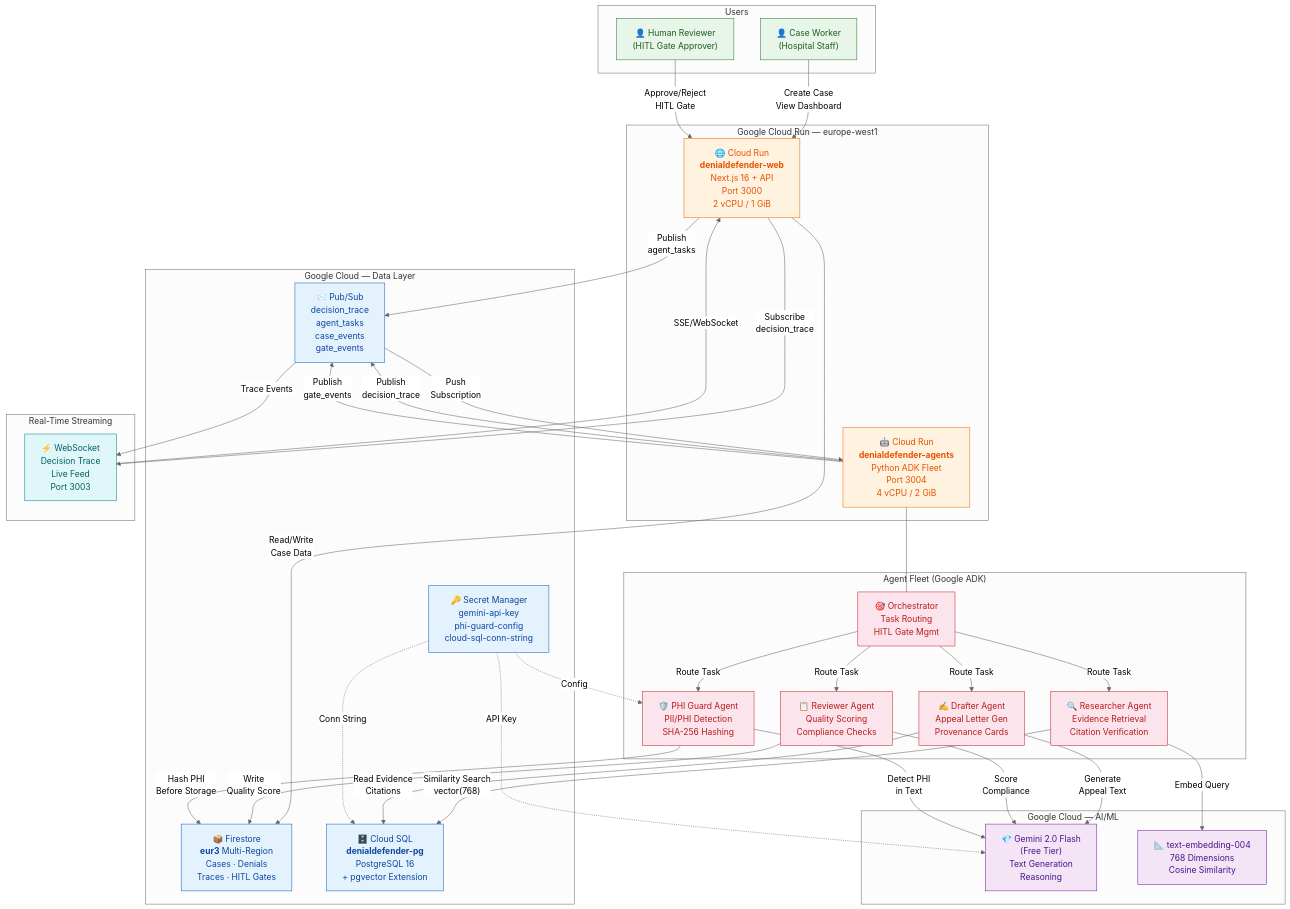
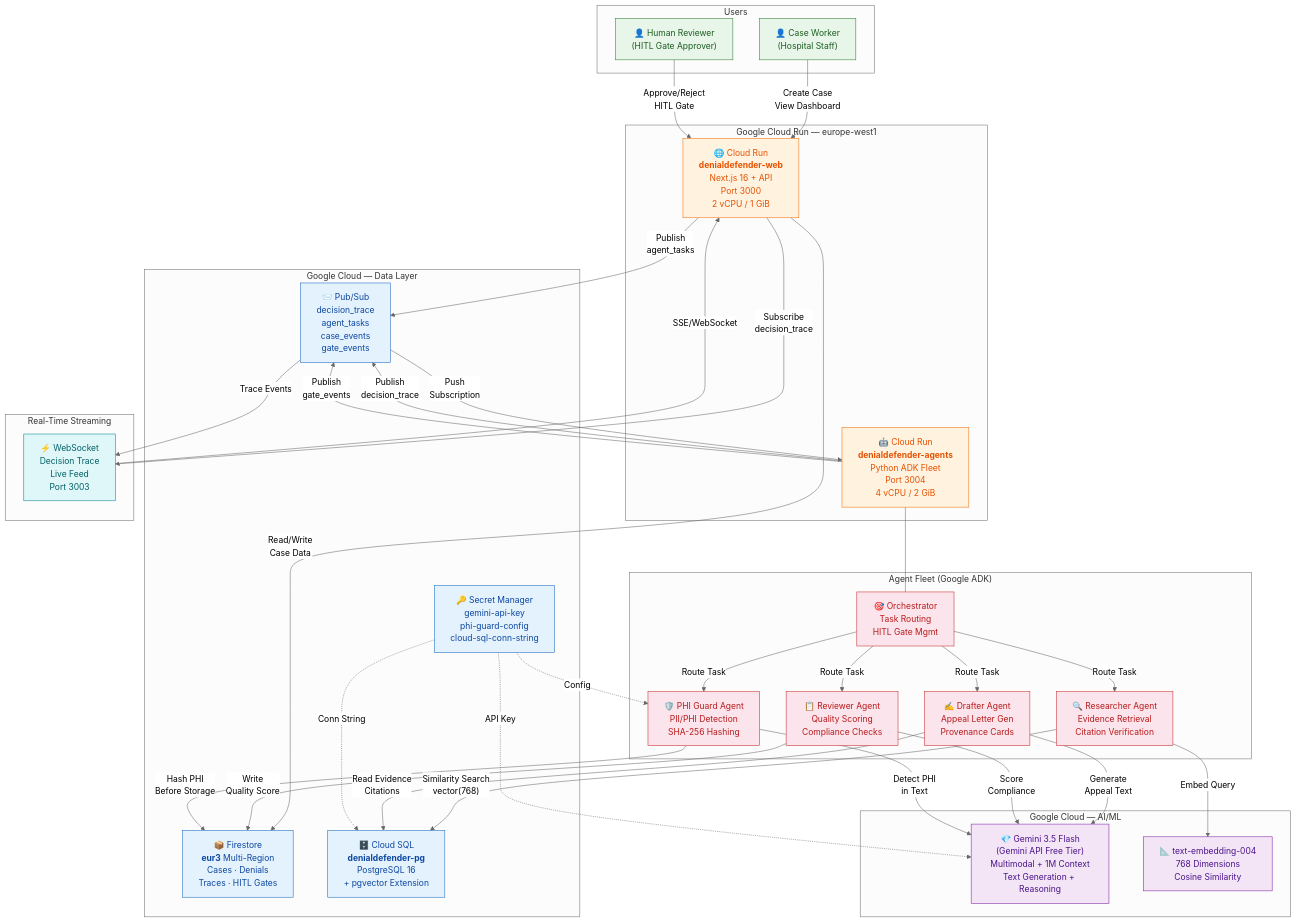
The first of 4 diagrams in infra/gcp/architecture-diagram.md (sodiq-code/denialdefender), drawn with Mermaid (neutral theme) before and after one commit. The commit also changed other lines of this file and 16 other files, not shown here.

Commit message:
fix: use Gemini 2.5 Flash to meet hackathon model version requirements

```diff
--- a/infra/gcp/architecture-diagram.md
+++ b/infra/gcp/architecture-diagram.md
@@ -34,7 +34,7 @@
     end
 
     subgraph "Google Cloud — AI/ML"
-        GEMINI["💎 Gemini 2.0 Flash<br/>(Free Tier)<br/>Text Generation<br/>Reasoning"]
+        GEMINI["💎 Gemini 3.5 Flash<br/>(Gemini API Free Tier)<br/>Multimodal + 1M Context<br/>Text Generation + Reasoning"]
         EMBED["📐 text-embedding-004<br/>768 Dimensions<br/>Cosine Similarity"]
     end
 
```
